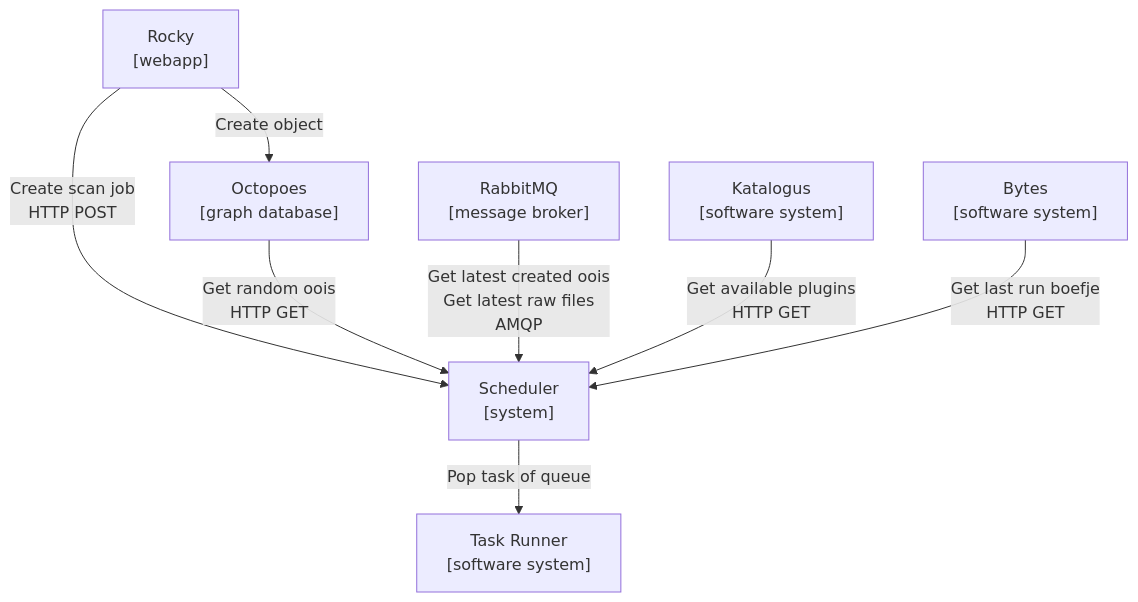
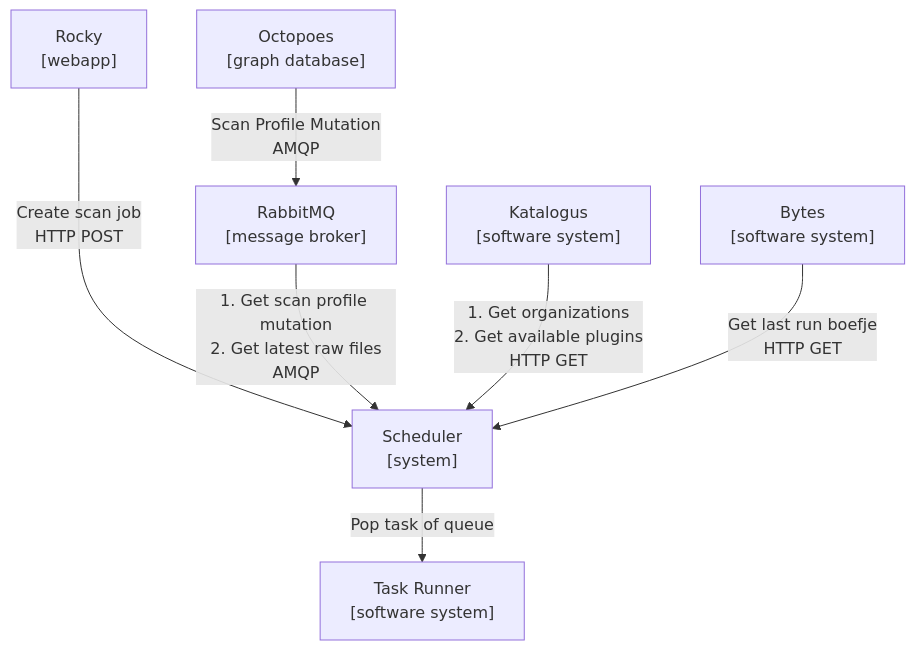
One commit to minvws/nl-kat-mula changed the first of 3 diagrams in docs/design.md. Above: the diagram before and after it, drawn with Mermaid. The commit also changed other lines of this file and 6 other files, not shown here.

````diff
--- a/docs/design.md
+++ b/docs/design.md
@@ -40,23 +40,22 @@
 ```mermaid
 graph TB
     
     Rocky["Rocky<br/>[webapp]"]
     Octopoes["Octopoes<br/>[graph database]"]
     Katalogus["Katalogus<br/>[software system]"]
     Bytes["Bytes<br/>[software system]"]
     RabbitMQ["RabbitMQ<br/>[message broker]"]
     Scheduler["Scheduler<br/>[system]"]
     TaskRunner["Task Runner<br/>[software system]"]
 
-    Rocky--"Create object"-->Octopoes
     Rocky--"Create scan job<br/>HTTP POST"--->Scheduler
 
-    Octopoes--"Get random oois<br/>HTTP GET"-->Scheduler
+    Octopoes--"Scan Profile Mutation<br/>AMQP"-->RabbitMQ
 
-    RabbitMQ--"Get latest created oois<br/>Get latest raw files<br/>AMQP"-->Scheduler
+    RabbitMQ--"1. Get scan profile mutation<br/>2. Get latest raw files<br/>AMQP"-->Scheduler
 
-    Katalogus--"Get available plugins<br/>HTTP GET"-->Scheduler
+    Katalogus--"1. Get organizations</br>2. Get available plugins<br/>HTTP GET"-->Scheduler
     Bytes--"Get last run boefje<br/>HTTP GET"-->Scheduler
 
     Scheduler--"Pop task of queue"-->TaskRunner
 ```
````
